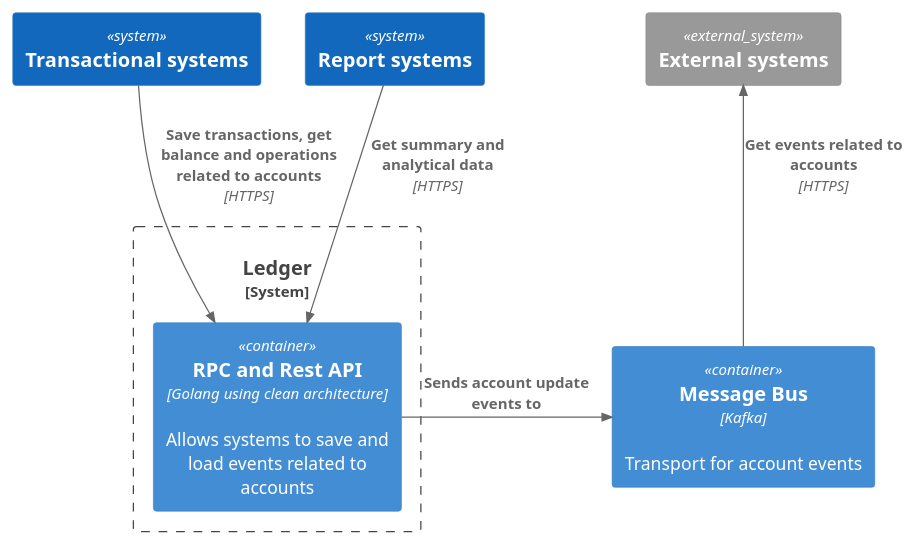
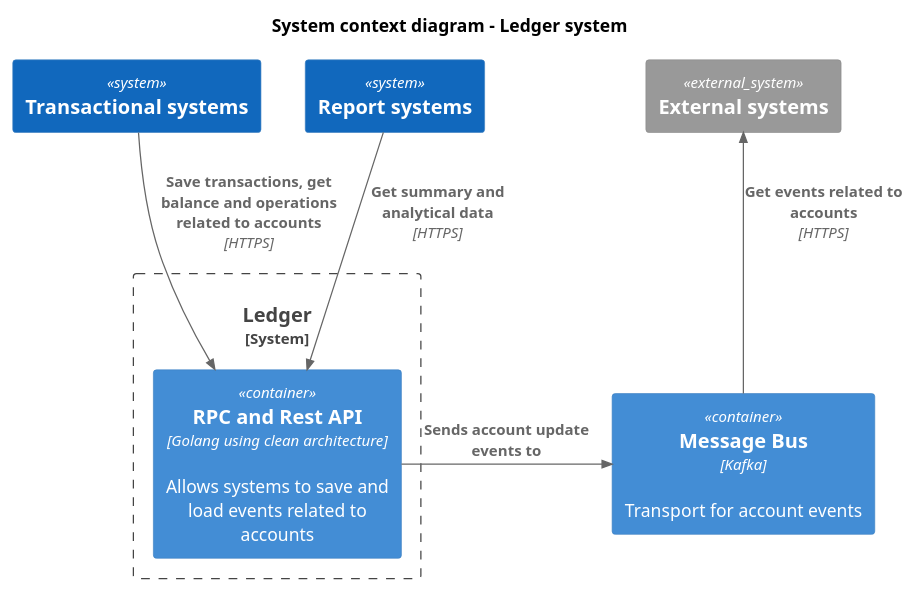
One commit to fernandodr19/the-amazing-ledger changed the diagram in docs/c4model/level_1_system_context_diagram.puml. Above: the diagram before and after it, drawn with PlantUML. The commit also changed 11 other files, not shown here.

Commit message:
docs: review in all diagrams

```diff
--- a/docs/c4model/level_1_system_context_diagram.puml
+++ b/docs/c4model/level_1_system_context_diagram.puml
@@ -1,22 +1,24 @@
 @startuml Basic Sample
 !includeurl https://raw.githubusercontent.com/RicardoNiepel/C4-PlantUML/release/1-0/C4_Container.puml
 
 ' LAYOUT_WITH_LEGEND()
+
+title System context diagram - Ledger system
 
 System(transactional_systems, "Transactional systems")
 System(report_systems, "Report systems")
 System_Ext(external_systems, "External systems")
 
 System_Boundary(ledger, "Ledger") {
     Container(ledger_api, "RPC and Rest API", "Golang using clean architecture", "Allows systems to save and load events related to accounts")
 }
 
 Container(message_bus, "Message Bus", "Kafka", "Transport for account events")
 
 Rel_Back(external_systems, message_bus, "Get events related to accounts", "HTTPS")
 
 Rel_R(ledger_api, message_bus, "Sends account update events to")
 
 Rel(transactional_systems, ledger_api, "Save transactions, get balance and operations related to accounts", "HTTPS")
 Rel(report_systems, ledger_api, "Get summary and analytical data", "HTTPS")
 @enduml
```
